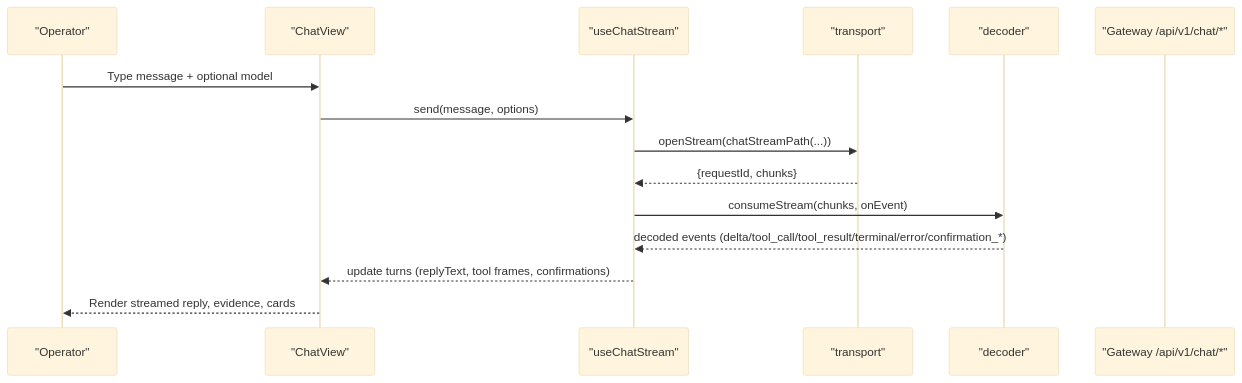
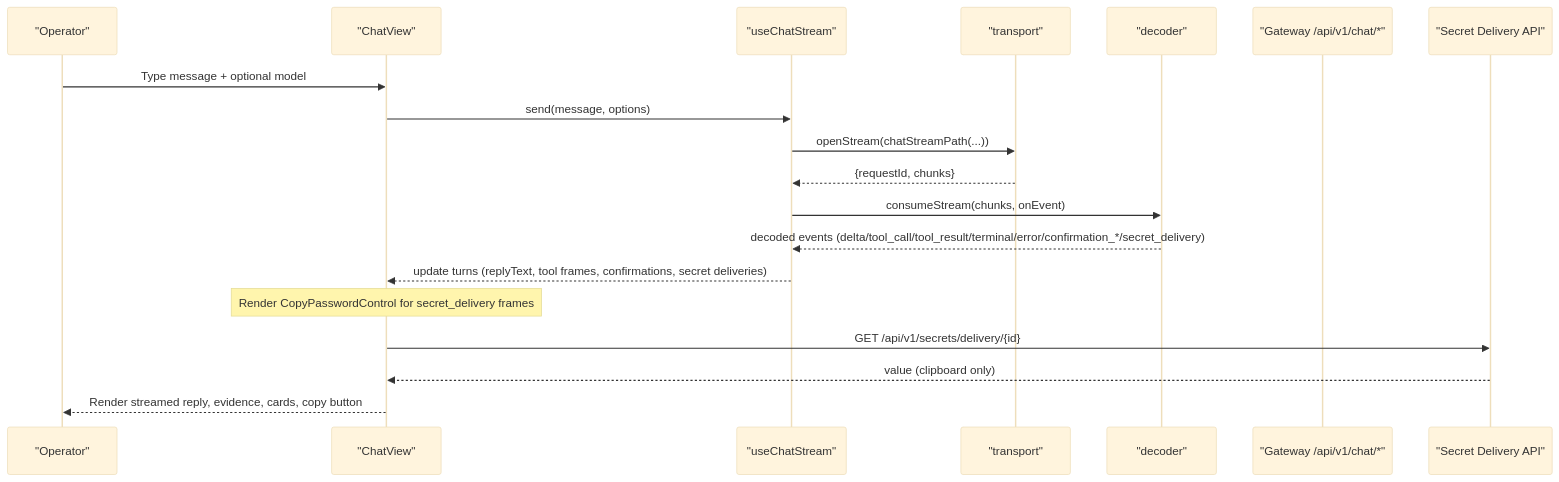
Before and after one commit to metasync/luban-aiops: the second of 9 diagrams in .qoder/repowiki/en/content/Operator Portal/Chat Interface/Chat Interface.md, drawn with Mermaid (base theme). The commit also changed other lines of this file and 56 other files, not shown here.

First line of the commit message:
docs: refresh repowiki knowledge cache (SPEC-062 secret delivery, v0.42.0)

````diff
--- a/.qoder/repowiki/en/content/Operator Portal/Chat Interface/Chat Interface.md
+++ b/.qoder/repowiki/en/content/Operator Portal/Chat Interface/Chat Interface.md
@@ -124,17 +147,21 @@
 ```mermaid
 sequenceDiagram
 participant User as "Operator"
 participant View as "ChatView"
 participant Hook as "useChatStream"
 participant Trans as "transport"
 participant Dec as "decoder"
 participant API as "Gateway /api/v1/chat/*"
+participant SecAPI as "Secret Delivery API"
 User->>View : Type message + optional model
 View->>Hook : send(message, options)
 Hook->>Trans : openStream(chatStreamPath(...))
 Trans-->>Hook : {requestId, chunks}
 Hook->>Dec : consumeStream(chunks, onEvent)
-Dec-->>Hook : decoded events (delta/tool_call/tool_result/terminal/error/confirmation_*)
-Hook-->>View : update turns (replyText, tool frames, confirmations)
-View-->>User : Render streamed reply, evidence, cards
+Dec-->>Hook : decoded events (delta/tool_call/tool_result/terminal/error/confirmation_*/secret_delivery)
+Hook-->>View : update turns (replyText, tool frames, confirmations, secret deliveries)
+Note over View : Render CopyPasswordControl for secret_delivery frames
+View->>SecAPI : GET /api/v1/secrets/delivery/{id}
+SecAPI-->>View : value (clipboard only)
+View-->>User : Render streamed reply, evidence, cards, copy button
 ```
````
